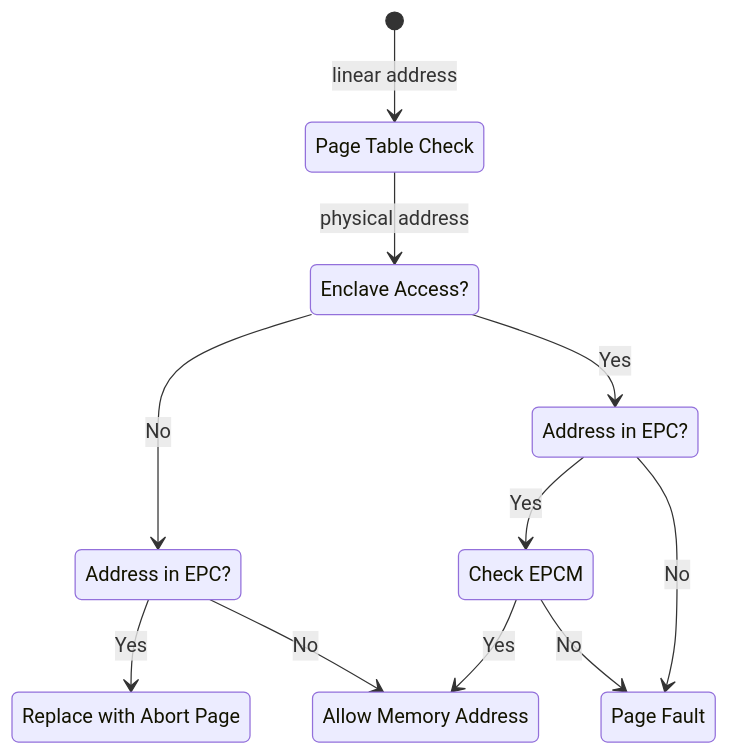
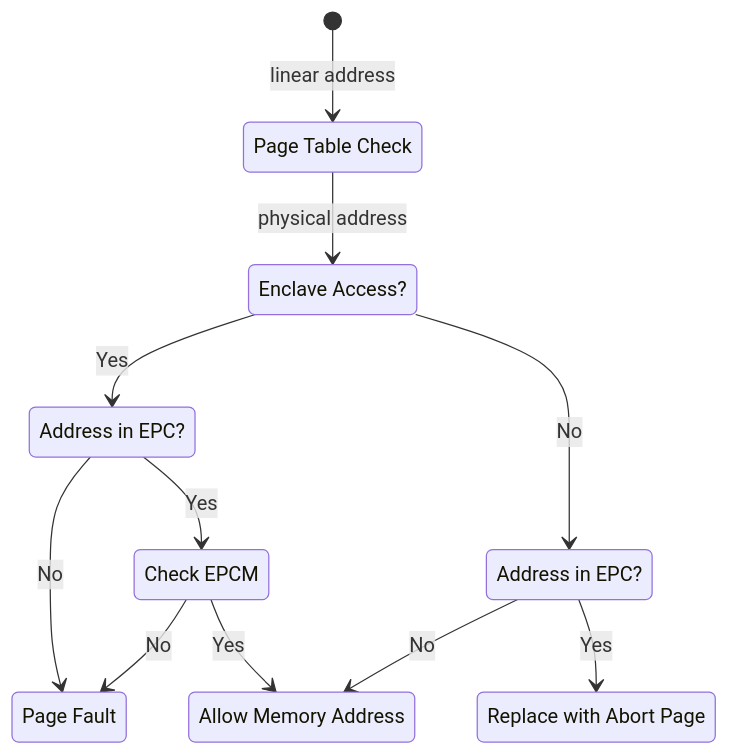
Before and after one commit to evan361425/evan361425.github.io: the third of 5 diagrams in src/essay/confidential-computing.md, drawn with Mermaid. The commit also changed other lines of this file and 1 other file, not shown here.

````diff
--- a/src/essay/confidential-computing.md
+++ b/src/essay/confidential-computing.md
@@ -126,21 +125,21 @@
 ```mermaid
 stateDiagram-v2
   check : Page Table Check
   e_acc : Enclave Access?
   no1: Address in EPC?
   yes1: Address in EPC?
   abort: Replace with Abort Page
   allow: Allow Memory Address
   epcm: Check EPCM
   fault: Page Fault
   [*] --> check : linear address
   check --> e_acc: physical address
+  e_acc --> yes1: Yes
   e_acc --> no1: No
-  e_acc --> yes1: Yes
   no1 --> abort: Yes
   no1 --> allow: No
   yes1 --> epcm: Yes
   epcm --> fault: No
   yes1 --> fault: No
   epcm --> allow: Yes
 ```
````
